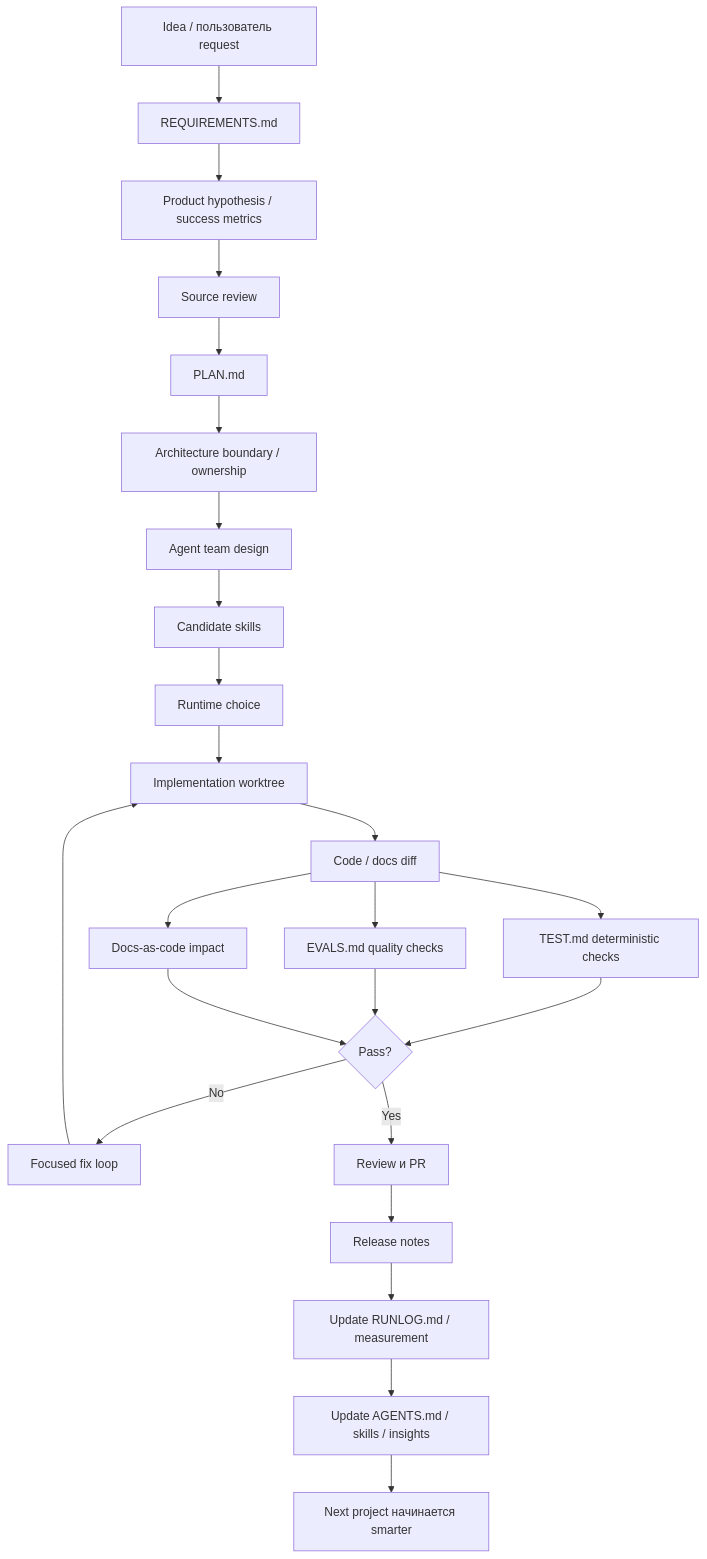
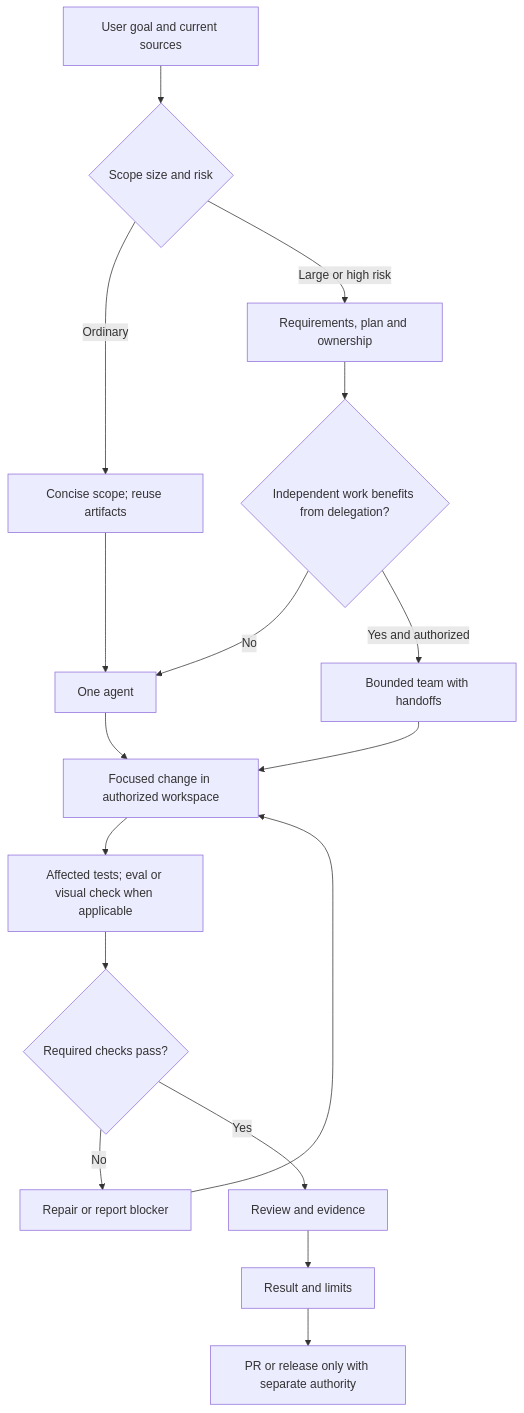
Before and after one commit to alexroadcaster/product-agent-os: the diagram in docs/diagrams/product-delivery-lifecycle.md, drawn with Mermaid. The commit also changed other lines of this file and 560 other files, not shown here.

Commit message:
chore: Update Product-Agent OS documentation and tooling

````diff
--- a/docs/diagrams/product-delivery-lifecycle.md
+++ b/docs/diagrams/product-delivery-lifecycle.md
@@ -9,26 +7,19 @@
 ```mermaid
 flowchart TD
-    A["Idea / пользователь request"] --> B["REQUIREMENTS.md"]
-    B --> B1["Product hypothesis / success metrics"]
-    B1 --> C["Source review"]
-    C --> D["PLAN.md"]
-    D --> D1["Architecture boundary / ownership"]
-    D1 --> E["Agent team design"]
-    E --> F["Candidate skills"]
-    F --> G["Runtime choice"]
-    G --> H["Implementation worktree"]
-    H --> I["Code / docs diff"]
-    I --> J["TEST.md deterministic checks"]
-    I --> K["EVALS.md quality checks"]
-    I --> K1["Docs-as-code impact"]
-    J --> L{"Pass?"}
-    K --> L
-    K1 --> L
-    L -->|No| M["Focused fix loop"]
-    M --> H
-    L -->|Yes| N["Review и PR"]
-    N --> O["Release notes"]
-    O --> P["Update RUNLOG.md / measurement"]
-    P --> Q["Update AGENTS.md / skills / insights"]
-    Q --> R["Next project начинается smarter"]
+    A["User goal and current sources"] --> B{"Scope size and risk"}
+    B -->|Ordinary| C["Concise scope; reuse artifacts"]
+    B -->|Large or high risk| D["Requirements, plan and ownership"]
+    D --> E{"Independent work benefits from delegation?"}
+    E -->|No| F["One agent"]
+    E -->|Yes and authorized| G["Bounded team with handoffs"]
+    C --> F
+    F --> H["Focused change in authorized workspace"]
+    G --> H
+    H --> I["Affected tests; eval or visual check when applicable"]
+    I --> J{"Required checks pass?"}
+    J -->|No| K["Repair or report blocker"]
+    K --> H
+    J -->|Yes| L["Review and evidence"]
+    L --> M["Result and limits"]
+    M --> N["PR or release only with separate authority"]
 ```
````
